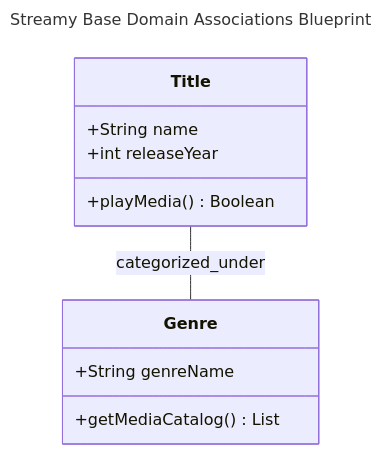
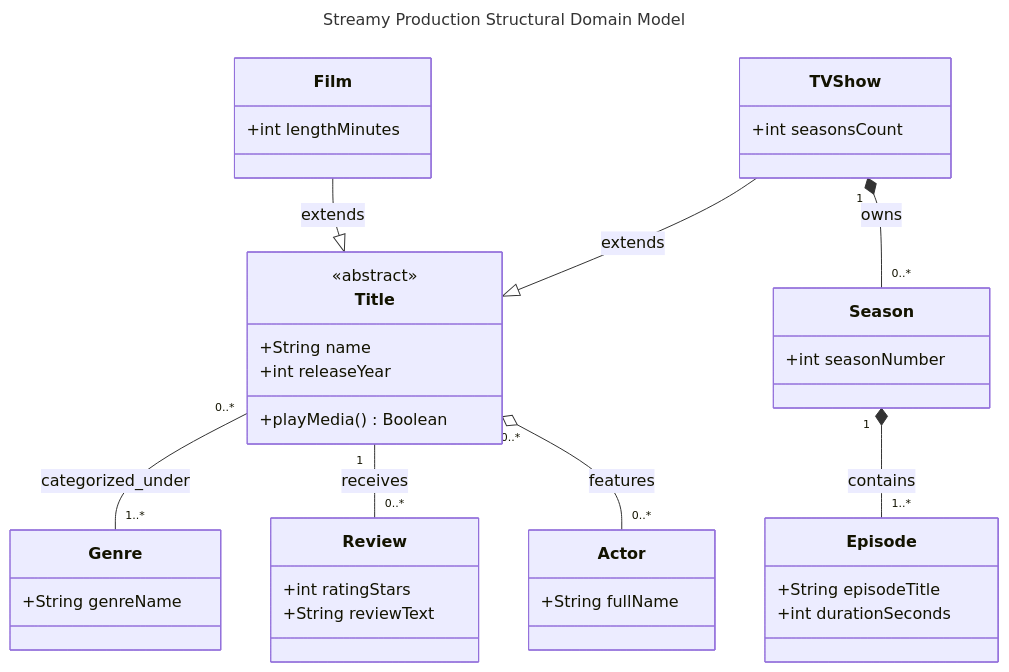
The first of 2 diagrams in domain_model.md (root14760/Streamy-Software-Technology), drawn with Mermaid before and after one commit. The commit also changed other lines of this file, not shown here.

Commit message:
docs: scale domain model class properties with advanced relationships and multiplicity

````diff
--- a/domain_model.md
+++ b/domain_model.md
@@ -10,16 +12,48 @@
 ```mermaid
 ---
-title: Streamy Base Domain Associations Blueprint
+title: Streamy Production Structural Domain Model
 ---
 classDiagram
+direction TB
+%% Core Classes
 class Title {
+    <<abstract>>
     +String name
     +int releaseYear
     +playMedia() Boolean
 }
+class Film {
+    +int lengthMinutes
+}
+class TVShow {
+    +int seasonsCount
+}
+class Season {
+    +int seasonNumber
+}
+class Episode {
+    +String episodeTitle
+    +int durationSeconds
+}
+class Review {
+    +int ratingStars
+    +String reviewText
+}
+class Actor {
+    +String fullName
+}
 class Genre {
     +String genreName
-    +getMediaCatalog() List
 }
-Title -- Genre : categorized_under
+
+%% Relationships and multiplicities
+Title "0..*" -- "1..*" Genre: categorized_under
+TVShow "1" *-- "0..*" Season: owns
+Title "1" -- "0..*" Review: receives
+Season "1" *-- "1..*" Episode: contains
+Title "0..*" o-- "0..*" Actor: features
+
+%% Inheritance
+Film --|> Title : extends
+TVShow --|> Title : extends
 ```
````
